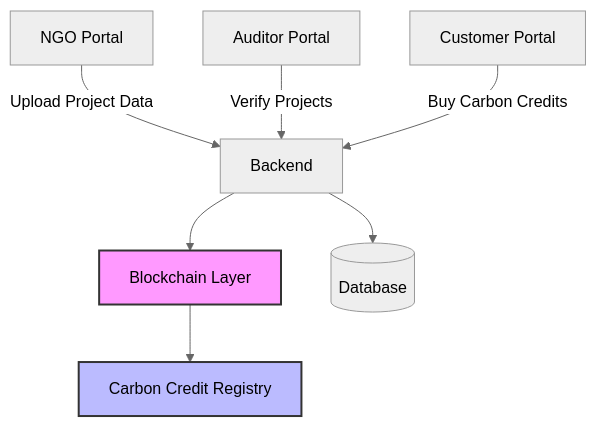
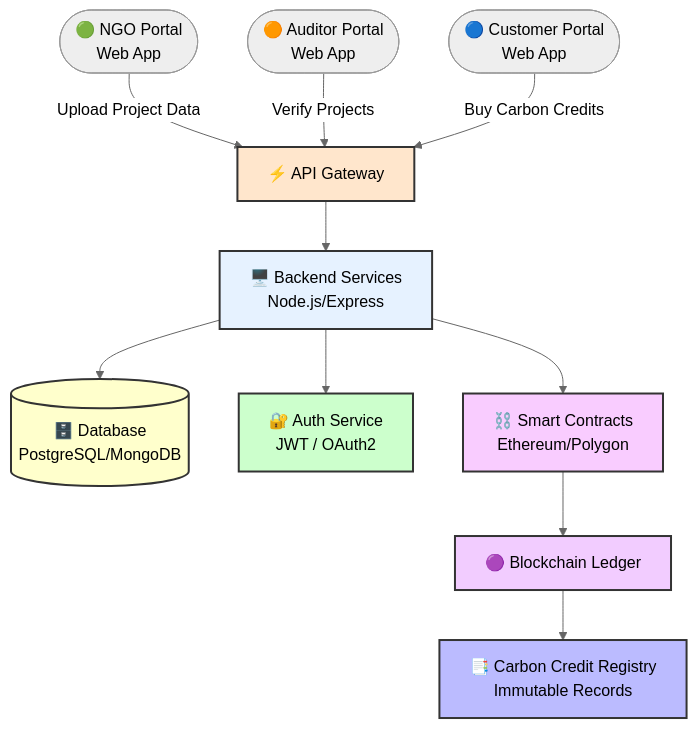
Before and after one commit to Himanshu7921/Blue-Carbon-Prototype: the diagram in README.md, drawn with Mermaid (neutral theme).

`````diff
--- a/README.md
+++ b/README.md
@@ -19,13 +19,27 @@
 ```mermaid
 flowchart TD
-    NGO[NGO Portal] --> |Upload Project Data| Backend
-    Auditor[Auditor Portal] --> |Verify Projects| Backend
-    Customer[Customer Portal] --> |Buy Carbon Credits| Backend
+    %% Frontend Layer
+    NGO([🟢 NGO Portal<br/>Web App]) --> |Upload Project Data| API[⚡ API Gateway]
+    Auditor([🟠 Auditor Portal<br/>Web App]) --> |Verify Projects| API
+    Customer([🔵 Customer Portal<br/>Web App]) --> |Buy Carbon Credits| API
 
-    Backend --> Blockchain[Blockchain Layer]
-    Backend --> Database[(Database)]
-    Blockchain --> Registry[Carbon Credit Registry]
+    %% Backend Layer
+    API --> BE[🖥️ Backend Services<br/>Node.js/Express]
+    BE --> DB[(🗄️ Database<br/>PostgreSQL/MongoDB)]
+    BE --> AUTH[🔐 Auth Service<br/>JWT / OAuth2]
 
-    style Blockchain fill:#f9f,stroke:#333,stroke-width:2px
-    style Registry fill:#bbf,stroke:#333,stroke-width:2px
+    %% Blockchain Layer
+    BE --> SC[⛓️ Smart Contracts<br/>Ethereum/Polygon]
+    SC --> BC[🟣 Blockchain Ledger]
+    BC --> REG[📑 Carbon Credit Registry<br/>Immutable Records]
+
+    %% Styling
+    style API fill:#ffe6cc,stroke:#333,stroke-width:2px
+    style BE fill:#e6f2ff,stroke:#333,stroke-width:2px
+    style DB fill:#ffffcc,stroke:#333,stroke-width:2px
+    style AUTH fill:#ccffcc,stroke:#333,stroke-width:2px
+    style SC fill:#f9ccff,stroke:#333,stroke-width:2px
+    style BC fill:#f2ccff,stroke:#333,stroke-width:2px
+    style REG fill:#bbf,stroke:#333,stroke-width:2px
+
 ````
`````
